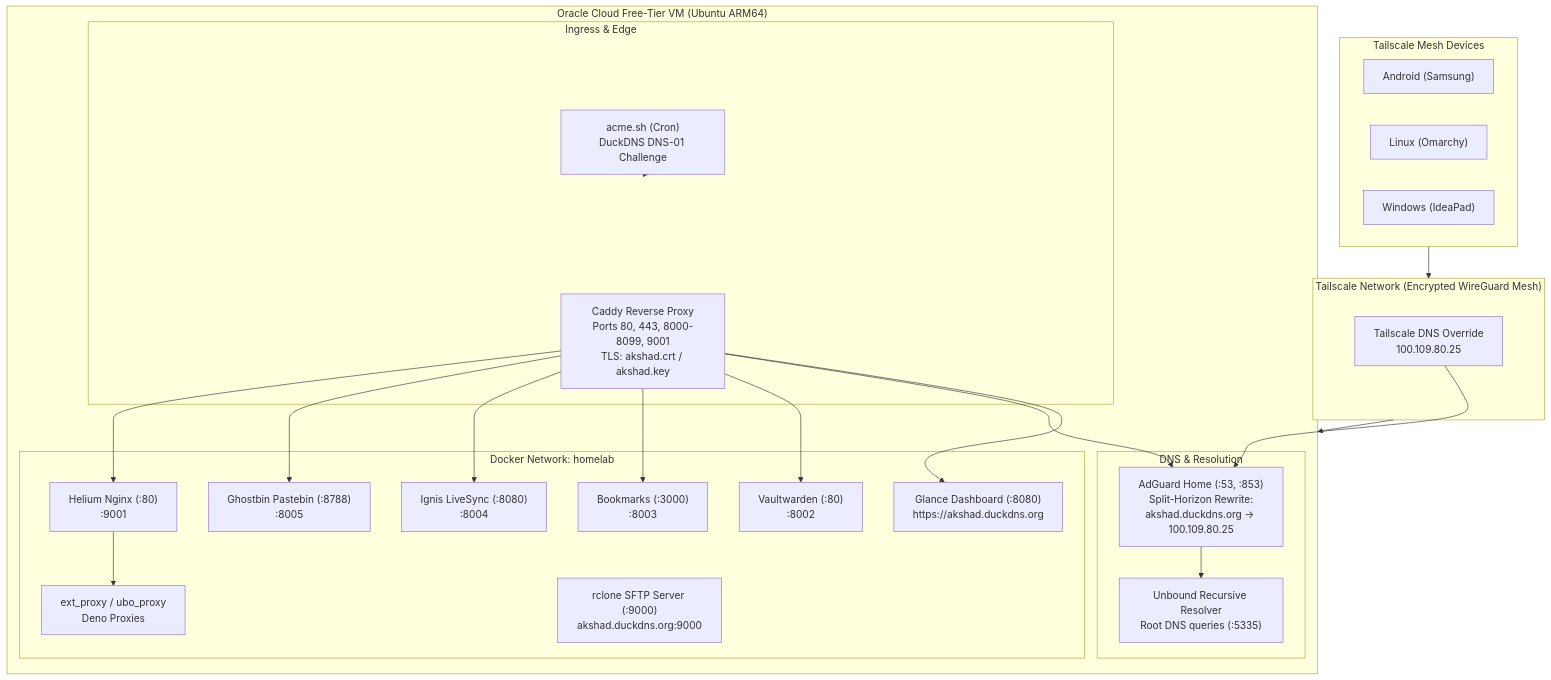
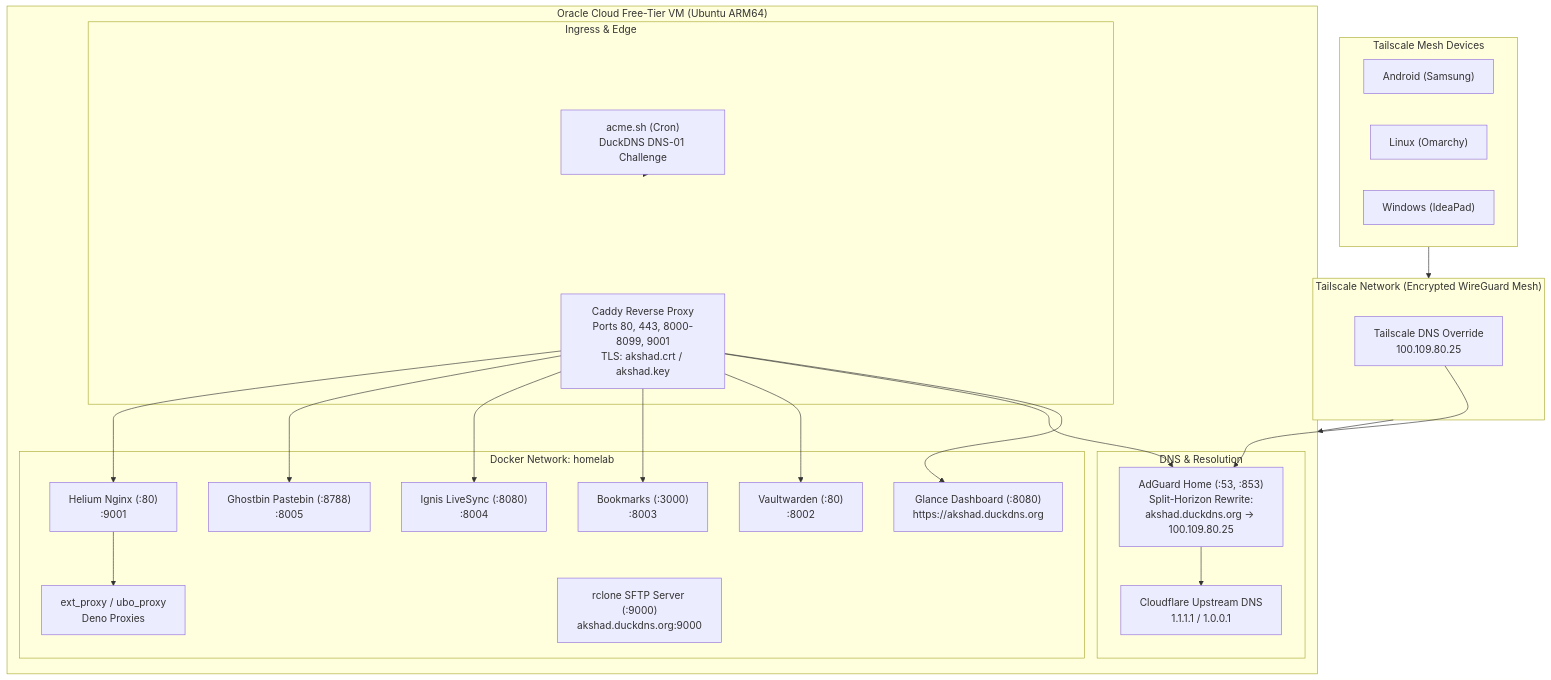
Before and after one commit to Akshad135/homelab: the diagram in README.md, drawn with Mermaid. The commit also changed other lines of this file and 8 other files, not shown here.

Commit message:
chore: remove unbound and switch AdGuard upstream to Cloudflare 1.1.1.1

````diff
--- a/README.md
+++ b/README.md
@@ -32,49 +32,49 @@
 ```mermaid
 flowchart TB
     subgraph Clients["Tailscale Mesh Devices"]
         phone["Android (Samsung)"]
         laptop["Linux (Omarchy)"]
         desktop["Windows (IdeaPad)"]
     end
 
     subgraph Tailnet["Tailscale Network (Encrypted WireGuard Mesh)"]
         dns_override["Tailscale DNS Override<br/>100.109.80.25"]
     end
 
     subgraph Oracle["Oracle Cloud Free-Tier VM (Ubuntu ARM64)"]
         subgraph Ingress["Ingress & Edge"]
             caddy["Caddy Reverse Proxy<br/>Ports 80, 443, 8000-8099, 9001<br/>TLS: akshad.crt / akshad.key"]
             acme["acme.sh (Cron)<br/>DuckDNS DNS-01 Challenge"]
         end
 
         subgraph DNS["DNS & Resolution"]
             adguard["AdGuard Home (:53, :853)<br/>Split-Horizon Rewrite:<br/>akshad.duckdns.org -> 100.109.80.25"]
-            unbound["Unbound Recursive Resolver<br/>Root DNS queries (:5335)"]
+            cloudflare["Cloudflare Upstream DNS<br/>1.1.1.1 / 1.0.0.1"]
         end
 
         subgraph HomelabNet["Docker Network: homelab"]
             glance["Glance Dashboard (:8080)<br/>https://akshad.duckdns.org"]
             vw["Vaultwarden (:80)<br/>:8002"]
             bm["Bookmarks (:3000)<br/>:8003"]
             ignis["Ignis LiveSync (:8080)<br/>:8004"]
             pastebin["Ghostbin Pastebin (:8788)<br/>:8005"]
             helium_nginx["Helium Nginx (:80)<br/>:9001"]
             helium_proxies["ext_proxy / ubo_proxy<br/>Deno Proxies"]
             rclone["rclone SFTP Server (:9000)<br/>akshad.duckdns.org:9000"]
         end
     end
 
     Clients --> Tailnet
     Tailnet --> Oracle
     dns_override --> adguard
-    adguard --> unbound
+    adguard --> cloudflare
     caddy --> glance
     caddy --> adguard
     caddy --> vw
     caddy --> bm
     caddy --> ignis
     caddy --> pastebin
     caddy --> helium_nginx
     helium_nginx --> helium_proxies
     acme -.-> Ingress
 ```
````
